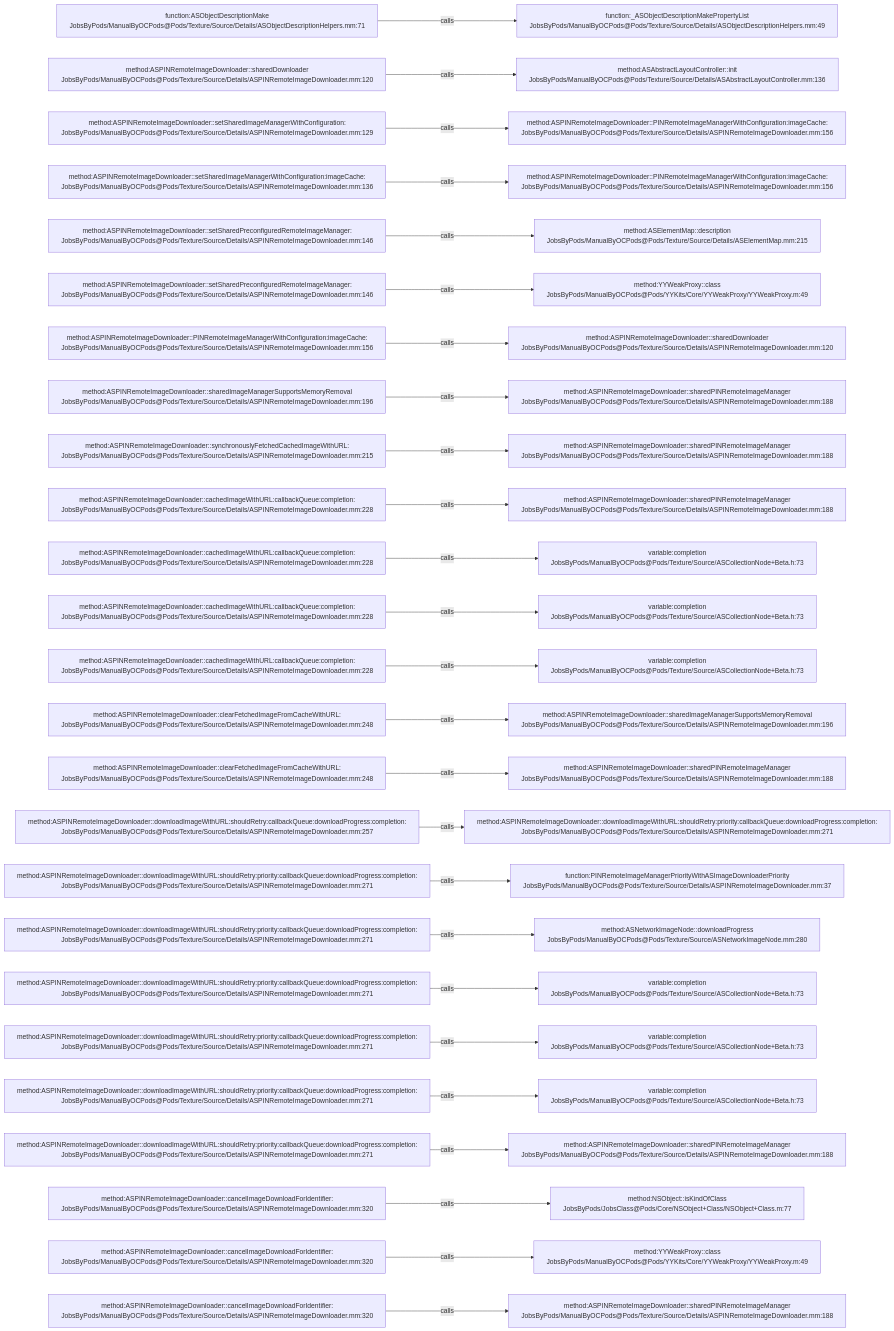
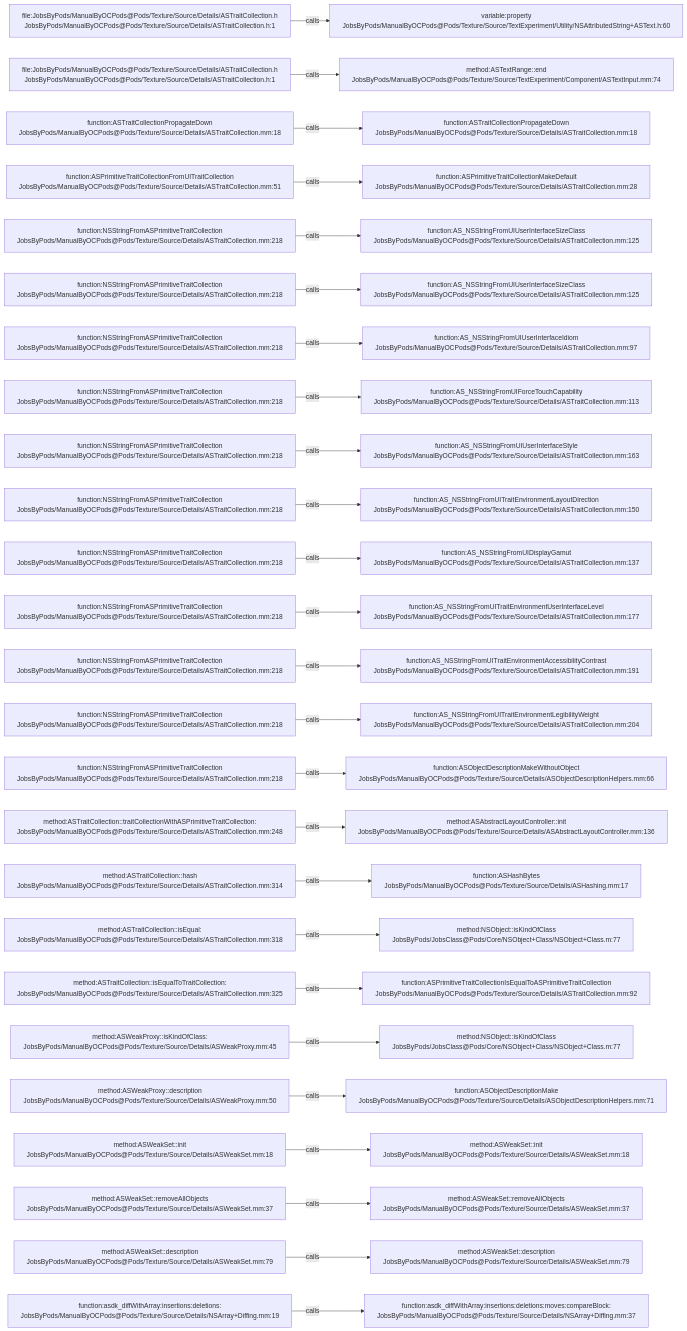
The diagram in .codegraph/codegraph.md/graphs/calls-159.md (JobsKits/JobsOCBaseConfigDemo), drawn with Mermaid before and after one commit. The commit also changed 1448 other files, not shown here.

````diff
--- a/.codegraph/codegraph.md/graphs/calls-159.md
+++ b/.codegraph/codegraph.md/graphs/calls-159.md
@@ -13,78 +13,78 @@
 ```mermaid
 flowchart LR
-  S1["function:ASObjectDescriptionMake<br/>JobsByPods/ManualByOCPods@Pods/Texture/Source/Details/ASObjectDescriptionHelpers.mm:71"]
-  T1["function:_ASObjectDescriptionMakePropertyList<br/>JobsByPods/ManualByOCPods@Pods/Texture/Source/Details/ASObjectDescriptionHelpers.mm:49"]
+  S1["file:JobsByPods/ManualByOCPods@Pods/Texture/Source/Details/ASTraitCollection.h<br/>JobsByPods/ManualByOCPods@Pods/Texture/Source/Details/ASTraitCollection.h:1"]
+  T1["variable:property<br/>JobsByPods/ManualByOCPods@Pods/Texture/Source/TextExperiment/Utility/NSAttributedString+ASText.h:60"]
   S1 -->|calls| T1
-  S2["method:ASPINRemoteImageDownloader::sharedDownloader<br/>JobsByPods/ManualByOCPods@Pods/Texture/Source/Details/ASPINRemoteImageDownloader.mm:120"]
-  T2["method:ASAbstractLayoutController::init<br/>JobsByPods/ManualByOCPods@Pods/Texture/Source/Details/ASAbstractLayoutController.mm:136"]
+  S2["file:JobsByPods/ManualByOCPods@Pods/Texture/Source/Details/ASTraitCollection.h<br/>JobsByPods/ManualByOCPods@Pods/Texture/Source/Details/ASTraitCollection.h:1"]
+  T2["method:ASTextRange::end<br/>JobsByPods/ManualByOCPods@Pods/Texture/Source/TextExperiment/Component/ASTextInput.mm:74"]
   S2 -->|calls| T2
-  S3["method:ASPINRemoteImageDownloader::setSharedImageManagerWithConfiguration:<br/>JobsByPods/ManualByOCPods@Pods/Texture/Source/Details/ASPINRemoteImageDownloader.mm:129"]
-  T3["method:ASPINRemoteImageDownloader::PINRemoteImageManagerWithConfiguration:imageCache:<br/>JobsByPods/ManualByOCPods@Pods/Texture/Source/Details/ASPINRemoteImageDownloader.mm:156"]
+  S3["function:ASTraitCollectionPropagateDown<br/>JobsByPods/ManualByOCPods@Pods/Texture/Source/Details/ASTraitCollection.mm:18"]
+  T3["function:ASTraitCollectionPropagateDown<br/>JobsByPods/ManualByOCPods@Pods/Texture/Source/Details/ASTraitCollection.mm:18"]
   S3 -->|calls| T3
-  S4["method:ASPINRemoteImageDownloader::setSharedImageManagerWithConfiguration:imageCache:<br/>JobsByPods/ManualByOCPods@Pods/Texture/Source/Details/ASPINRemoteImageDownloader.mm:136"]
-  T4["method:ASPINRemoteImageDownloader::PINRemoteImageManagerWithConfiguration:imageCache:<br/>JobsByPods/ManualByOCPods@Pods/Texture/Source/Details/ASPINRemoteImageDownloader.mm:156"]
+  S4["function:ASPrimitiveTraitCollectionFromUITraitCollection<br/>JobsByPods/ManualByOCPods@Pods/Texture/Source/Details/ASTraitCollection.mm:51"]
+  T4["function:ASPrimitiveTraitCollectionMakeDefault<br/>JobsByPods/ManualByOCPods@Pods/Texture/Source/Details/ASTraitCollection.mm:28"]
   S4 -->|calls| T4
-  S5["method:ASPINRemoteImageDownloader::setSharedPreconfiguredRemoteImageManager:<br/>JobsByPods/ManualByOCPods@Pods/Texture/Source/Details/ASPINRemoteImageDownloader.mm:146"]
-  T5["method:ASElementMap::description<br/>JobsByPods/ManualByOCPods@Pods/Texture/Source/Details/ASElementMap.mm:215"]
+  S5["function:NSStringFromASPrimitiveTraitCollection<br/>JobsByPods/ManualByOCPods@Pods/Texture/Source/Details/ASTraitCollection.mm:218"]
+  T5["function:AS_NSStringFromUIUserInterfaceSizeClass<br/>JobsByPods/ManualByOCPods@Pods/Texture/Source/Details/ASTraitCollection.mm:125"]
   S5 -->|calls| T5
-  S6["method:ASPINRemoteImageDownloader::setSharedPreconfiguredRemoteImageManager:<br/>JobsByPods/ManualByOCPods@Pods/Texture/Source/Details/ASPINRemoteImageDownloader.mm:146"]
-  T6["method:YYWeakProxy::class<br/>JobsByPods/ManualByOCPods@Pods/YYKits/Core/YYWeakProxy/YYWeakProxy.m:49"]
+  S6["function:NSStringFromASPrimitiveTraitCollection<br/>JobsByPods/ManualByOCPods@Pods/Texture/Source/Details/ASTraitCollection.mm:218"]
+  T6["function:AS_NSStringFromUIUserInterfaceSizeClass<br/>JobsByPods/ManualByOCPods@Pods/Texture/Source/Details/ASTraitCollection.mm:125"]
   S6 -->|calls| T6
-  S7["method:ASPINRemoteImageDownloader::PINRemoteImageManagerWithConfiguration:imageCache:<br/>JobsByPods/ManualByOCPods@Pods/Texture/Source/Details/ASPINRemoteImageDownloader.mm:156"]
-  T7["method:ASPINRemoteImageDownloader::sharedDownloader<br/>JobsByPods/ManualByOCPods@Pods/Texture/Source/Details/ASPINRemoteImageDownloader.mm:120"]
+  S7["function:NSStringFromASPrimitiveTraitCollection<br/>JobsByPods/ManualByOCPods@Pods/Texture/Source/Details/ASTraitCollection.mm:218"]
+  T7["function:AS_NSStringFromUIUserInterfaceIdiom<br/>JobsByPods/ManualByOCPods@Pods/Texture/Source/Details/ASTraitCollection.mm:97"]
   S7 -->|calls| T7
-  S8["method:ASPINRemoteImageDownloader::sharedImageManagerSupportsMemoryRemoval<br/>JobsByPods/ManualByOCPods@Pods/Texture/Source/Details/ASPINRemoteImageDownloader.mm:196"]
-  T8["method:ASPINRemoteImageDownloader::sharedPINRemoteImageManager<br/>JobsByPods/ManualByOCPods@Pods/Texture/Source/Details/ASPINRemoteImageDownloader.mm:188"]
+  S8["function:NSStringFromASPrimitiveTraitCollection<br/>JobsByPods/ManualByOCPods@Pods/Texture/Source/Details/ASTraitCollection.mm:218"]
+  T8["function:AS_NSStringFromUIForceTouchCapability<br/>JobsByPods/ManualByOCPods@Pods/Texture/Source/Details/ASTraitCollection.mm:113"]
   S8 -->|calls| T8
-  S9["method:ASPINRemoteImageDownloader::synchronouslyFetchedCachedImageWithURL:<br/>JobsByPods/ManualByOCPods@Pods/Texture/Source/Details/ASPINRemoteImageDownloader.mm:215"]
-  T9["method:ASPINRemoteImageDownloader::sharedPINRemoteImageManager<br/>JobsByPods/ManualByOCPods@Pods/Texture/Source/Details/ASPINRemoteImageDownloader.mm:188"]
+  S9["function:NSStringFromASPrimitiveTraitCollection<br/>JobsByPods/ManualByOCPods@Pods/Texture/Source/Details/ASTraitCollection.mm:218"]
+  T9["function:AS_NSStringFromUIUserInterfaceStyle<br/>JobsByPods/ManualByOCPods@Pods/Texture/Source/Details/ASTraitCollection.mm:163"]
   S9 -->|calls| T9
-  S10["method:ASPINRemoteImageDownloader::cachedImageWithURL:callbackQueue:completion:<br/>JobsByPods/ManualByOCPods@Pods/Texture/Source/Details/ASPINRemoteImageDownloader.mm:228"]
-  T10["method:ASPINRemoteImageDownloader::sharedPINRemoteImageManager<br/>JobsByPods/ManualByOCPods@Pods/Texture/Source/Details/ASPINRemoteImageDownloader.mm:188"]
+  S10["function:NSStringFromASPrimitiveTraitCollection<br/>JobsByPods/ManualByOCPods@Pods/Texture/Source/Details/ASTraitCollection.mm:218"]
+  T10["function:AS_NSStringFromUITraitEnvironmentLayoutDirection<br/>JobsByPods/ManualByOCPods@Pods/Texture/Source/Details/ASTraitCollection.mm:150"]
   S10 -->|calls| T10
-  S11["method:ASPINRemoteImageDownloader::cachedImageWithURL:callbackQueue:completion:<br/>JobsByPods/ManualByOCPods@Pods/Texture/Source/Details/ASPINRemoteImageDownloader.mm:228"]
-  T11["variable:completion<br/>JobsByPods/ManualByOCPods@Pods/Texture/Source/ASCollectionNode+Beta.h:73"]
+  S11["function:NSStringFromASPrimitiveTraitCollection<br/>JobsByPods/ManualByOCPods@Pods/Texture/Source/Details/ASTraitCollection.mm:218"]
+  T11["function:AS_NSStringFromUIDisplayGamut<br/>JobsByPods/ManualByOCPods@Pods/Texture/Source/Details/ASTraitCollection.mm:137"]
   S11 -->|calls| T11
-  S12["method:ASPINRemoteImageDownloader::cachedImageWithURL:callbackQueue:completion:<br/>JobsByPods/ManualByOCPods@Pods/Texture/Source/Details/ASPINRemoteImageDownloader.mm:228"]
-  T12["variable:completion<br/>JobsByPods/ManualByOCPods@Pods/Texture/Source/ASCollectionNode+Beta.h:73"]
+  S12["function:NSStringFromASPrimitiveTraitCollection<br/>JobsByPods/ManualByOCPods@Pods/Texture/Source/Details/ASTraitCollection.mm:218"]
+  T12["function:AS_NSStringFromUITraitEnvironmentUserInterfaceLevel<br/>JobsByPods/ManualByOCPods@Pods/Texture/Source/Details/ASTraitCollection.mm:177"]
   S12 -->|calls| T12
-  S13["method:ASPINRemoteImageDownloader::cachedImageWithURL:callbackQueue:completion:<br/>JobsByPods/ManualByOCPods@Pods/Texture/Source/Details/ASPINRemoteImageDownloader.mm:228"]
-  T13["variable:completion<br/>JobsByPods/ManualByOCPods@Pods/Texture/Source/ASCollectionNode+Beta.h:73"]
+  S13["function:NSStringFromASPrimitiveTraitCollection<br/>JobsByPods/ManualByOCPods@Pods/Texture/Source/Details/ASTraitCollection.mm:218"]
+  T13["function:AS_NSStringFromUITraitEnvironmentAccessibilityContrast<br/>JobsByPods/ManualByOCPods@Pods/Texture/Source/Details/ASTraitCollection.mm:191"]
   S13 -->|calls| T13
-  S14["method:ASPINRemoteImageDownloader::clearFetchedImageFromCacheWithURL:<br/>JobsByPods/ManualByOCPods@Pods/Texture/Source/Details/ASPINRemoteImageDownloader.mm:248"]
-  T14["method:ASPINRemoteImageDownloader::sharedImageManagerSupportsMemoryRemoval<br/>JobsByPods/ManualByOCPods@Pods/Texture/Source/Details/ASPINRemoteImageDownloader.mm:196"]
+  S14["function:NSStringFromASPrimitiveTraitCollection<br/>JobsByPods/ManualByOCPods@Pods/Texture/Source/Details/ASTraitCollection.mm:218"]
+  T14["function:AS_NSStringFromUITraitEnvironmentLegibilityWeight<br/>JobsByPods/ManualByOCPods@Pods/Texture/Source/Details/ASTraitCollection.mm:204"]
   S14 -->|calls| T14
-  S15["method:ASPINRemoteImageDownloader::clearFetchedImageFromCacheWithURL:<br/>JobsByPods/ManualByOCPods@Pods/Texture/Source/Details/ASPINRemoteImageDownloader.mm:248"]
-  T15["method:ASPINRemoteImageDownloader::sharedPINRemoteImageManager<br/>JobsByPods/ManualByOCPods@Pods/Texture/Source/Details/ASPINRemoteImageDownloader.mm:188"]
+  S15["function:NSStringFromASPrimitiveTraitCollection<br/>JobsByPods/ManualByOCPods@Pods/Texture/Source/Details/ASTraitCollection.mm:218"]
+  T15["function:ASObjectDescriptionMakeWithoutObject<br/>JobsByPods/ManualByOCPods@Pods/Texture/Source/Details/ASObjectDescriptionHelpers.mm:66"]
   S15 -->|calls| T15
-  S16["method:ASPINRemoteImageDownloader::downloadImageWithURL:shouldRetry:callbackQueue:downloadProgress:completion:<br/>JobsByPods/ManualByOCPods@Pods/Texture/Source/Details/ASPINRemoteImageDownloader.mm:257"]
-  T16["method:ASPINRemoteImageDownloader::downloadImageWithURL:shouldRetry:priority:callbackQueue:downloadProgress:completion:<br/>JobsByPods/ManualByOCPods@Pods/Texture/Source/Details/ASPINRemoteImageDownloader.mm:271"]
+  S16["method:ASTraitCollection::traitCollectionWithASPrimitiveTraitCollection:<br/>JobsByPods/ManualByOCPods@Pods/Texture/Source/Details/ASTraitCollection.mm:248"]
+  T16["method:ASAbstractLayoutController::init<br/>JobsByPods/ManualByOCPods@Pods/Texture/Source/Details/ASAbstractLayoutController.mm:136"]
   S16 -->|calls| T16
-  S17["method:ASPINRemoteImageDownloader::downloadImageWithURL:shouldRetry:priority:callbackQueue:downloadProgress:completion:<br/>JobsByPods/ManualByOCPods@Pods/Texture/Source/Details/ASPINRemoteImageDownloader.mm:271"]
-  T17["function:PINRemoteImageManagerPriorityWithASImageDownloaderPriority<br/>JobsByPods/ManualByOCPods@Pods/Texture/Source/Details/ASPINRemoteImageDownloader.mm:37"]
+  S17["method:ASTraitCollection::hash<br/>JobsByPods/ManualByOCPods@Pods/Texture/Source/Details/ASTraitCollection.mm:314"]
+  T17["function:ASHashBytes<br/>JobsByPods/ManualByOCPods@Pods/Texture/Source/Details/ASHashing.mm:17"]
   S17 -->|calls| T17
-  S18["method:ASPINRemoteImageDownloader::downloadImageWithURL:shouldRetry:priority:callbackQueue:downloadProgress:completion:<br/>JobsByPods/ManualByOCPods@Pods/Texture/Source/Details/ASPINRemoteImageDownloader.mm:271"]
-  T18["method:ASNetworkImageNode::downloadProgress<br/>JobsByPods/ManualByOCPods@Pods/Texture/Source/ASNetworkImageNode.mm:280"]
+  S18["method:ASTraitCollection::isEqual:<br/>JobsByPods/ManualByOCPods@Pods/Texture/Source/Details/ASTraitCollection.mm:318"]
+  T18["method:NSObject::isKindOfClass<br/>JobsByPods/JobsClass@Pods/Core/NSObject+Class/NSObject+Class.m:77"]
   S18 -->|calls| T18
-  S19["method:ASPINRemoteImageDownloader::downloadImageWithURL:shouldRetry:priority:callbackQueue:downloadProgress:completion:<br/>JobsByPods/ManualByOCPods@Pods/Texture/Source/Details/ASPINRemoteImageDownloader.mm:271"]
-  T19["variable:completion<br/>JobsByPods/ManualByOCPods@Pods/Texture/Source/ASCollectionNode+Beta.h:73"]
+  S19["method:ASTraitCollection::isEqualToTraitCollection:<br/>JobsByPods/ManualByOCPods@Pods/Texture/Source/Details/ASTraitCollection.mm:325"]
+  T19["function:ASPrimitiveTraitCollectionIsEqualToASPrimitiveTraitCollection<br/>JobsByPods/ManualByOCPods@Pods/Texture/Source/Details/ASTraitCollection.mm:92"]
   S19 -->|calls| T19
-  S20["method:ASPINRemoteImageDownloader::downloadImageWithURL:shouldRetry:priority:callbackQueue:downloadProgress:completion:<br/>JobsByPods/ManualByOCPods@Pods/Texture/Source/Details/ASPINRemoteImageDownloader.mm:271"]
-  T20["variable:completion<br/>JobsByPods/ManualByOCPods@Pods/Texture/Source/ASCollectionNode+Beta.h:73"]
+  S20["method:ASWeakProxy::isKindOfClass:<br/>JobsByPods/ManualByOCPods@Pods/Texture/Source/Details/ASWeakProxy.mm:45"]
+  T20["method:NSObject::isKindOfClass<br/>JobsByPods/JobsClass@Pods/Core/NSObject+Class/NSObject+Class.m:77"]
   S20 -->|calls| T20
-  S21["method:ASPINRemoteImageDownloader::downloadImageWithURL:shouldRetry:priority:callbackQueue:downloadProgress:completion:<br/>JobsByPods/ManualByOCPods@Pods/Texture/Source/Details/ASPINRemoteImageDownloader.mm:271"]
-  T21["variable:completion<br/>JobsByPods/ManualByOCPods@Pods/Texture/Source/ASCollectionNode+Beta.h:73"]
+  S21["method:ASWeakProxy::description<br/>JobsByPods/ManualByOCPods@Pods/Texture/Source/Details/ASWeakProxy.mm:50"]
+  T21["function:ASObjectDescriptionMake<br/>JobsByPods/ManualByOCPods@Pods/Texture/Source/Details/ASObjectDescriptionHelpers.mm:71"]
   S21 -->|calls| T21
-  S22["method:ASPINRemoteImageDownloader::downloadImageWithURL:shouldRetry:priority:callbackQueue:downloadProgress:completion:<br/>JobsByPods/ManualByOCPods@Pods/Texture/Source/Details/ASPINRemoteImageDownloader.mm:271"]
-  T22["method:ASPINRemoteImageDownloader::sharedPINRemoteImageManager<br/>JobsByPods/ManualByOCPods@Pods/Texture/Source/Details/ASPINRemoteImageDownloader.mm:188"]
+  S22["method:ASWeakSet::init<br/>JobsByPods/ManualByOCPods@Pods/Texture/Source/Details/ASWeakSet.mm:18"]
+  T22["method:ASWeakSet::init<br/>JobsByPods/ManualByOCPods@Pods/Texture/Source/Details/ASWeakSet.mm:18"]
   S22 -->|calls| T22
-  S23["method:ASPINRemoteImageDownloader::cancelImageDownloadForIdentifier:<br/>JobsByPods/ManualByOCPods@Pods/Texture/Source/Details/ASPINRemoteImageDownloader.mm:320"]
-  T23["method:NSObject::isKindOfClass<br/>JobsByPods/JobsClass@Pods/Core/NSObject+Class/NSObject+Class.m:77"]
+  S23["method:ASWeakSet::removeAllObjects<br/>JobsByPods/ManualByOCPods@Pods/Texture/Source/Details/ASWeakSet.mm:37"]
+  T23["method:ASWeakSet::removeAllObjects<br/>JobsByPods/ManualByOCPods@Pods/Texture/Source/Details/ASWeakSet.mm:37"]
   S23 -->|calls| T23
-  S24["method:ASPINRemoteImageDownloader::cancelImageDownloadForIdentifier:<br/>JobsByPods/ManualByOCPods@Pods/Texture/Source/Details/ASPINRemoteImageDownloader.mm:320"]
-  T24["method:YYWeakProxy::class<br/>JobsByPods/ManualByOCPods@Pods/YYKits/Core/YYWeakProxy/YYWeakProxy.m:49"]
+  S24["method:ASWeakSet::description<br/>JobsByPods/ManualByOCPods@Pods/Texture/Source/Details/ASWeakSet.mm:79"]
+  T24["method:ASWeakSet::description<br/>JobsByPods/ManualByOCPods@Pods/Texture/Source/Details/ASWeakSet.mm:79"]
   S24 -->|calls| T24
-  S25["method:ASPINRemoteImageDownloader::cancelImageDownloadForIdentifier:<br/>JobsByPods/ManualByOCPods@Pods/Texture/Source/Details/ASPINRemoteImageDownloader.mm:320"]
-  T25["method:ASPINRemoteImageDownloader::sharedPINRemoteImageManager<br/>JobsByPods/ManualByOCPods@Pods/Texture/Source/Details/ASPINRemoteImageDownloader.mm:188"]
+  S25["function:asdk_diffWithArray:insertions:deletions:<br/>JobsByPods/ManualByOCPods@Pods/Texture/Source/Details/NSArray+Diffing.mm:19"]
+  T25["function:asdk_diffWithArray:insertions:deletions:moves:compareBlock:<br/>JobsByPods/ManualByOCPods@Pods/Texture/Source/Details/NSArray+Diffing.mm:37"]
   S25 -->|calls| T25
 ```
````
